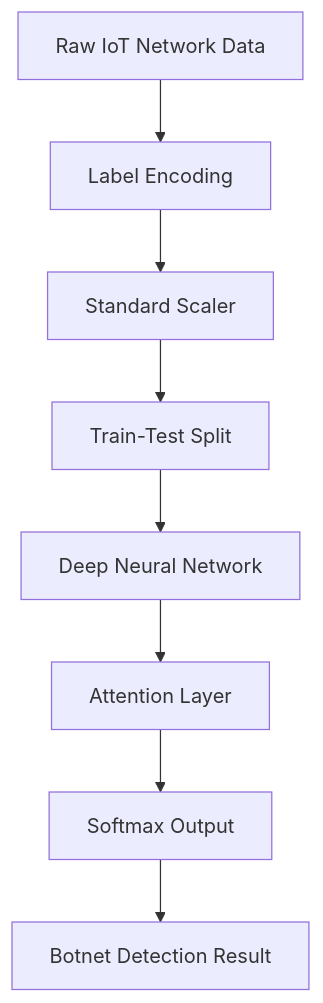
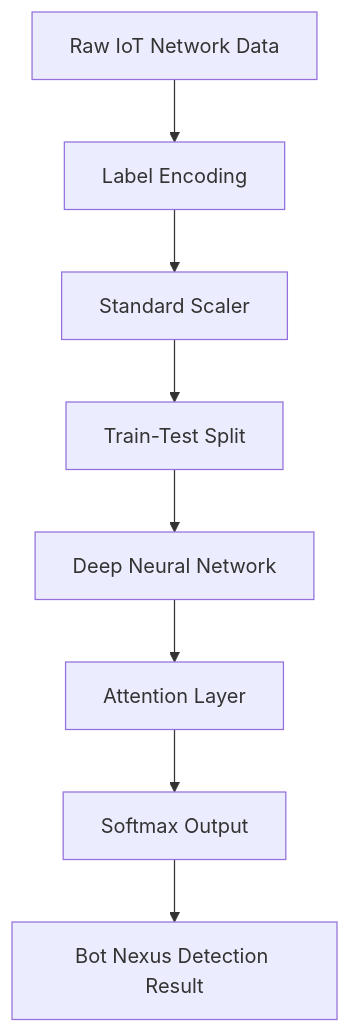
One commit to Priya-0527/Hybrid-Model-BotNexus-Attack-Detection changed the diagram in README.md. Above: the diagram before and after it, drawn with Mermaid. The commit also changed other lines of this file, not shown here.

````diff
--- a/README.md
+++ b/README.md
@@ -54,10 +54,10 @@
 ```mermaid
 graph TD;
     A[Raw IoT Network Data] --> B[Label Encoding]
     B --> C[Standard Scaler]
     C --> D[Train-Test Split]
     D --> E[Deep Neural Network]
     E --> F[Attention Layer]
     F --> G[Softmax Output]
-    G --> H[Botnet Detection Result]
+    G --> H[Bot Nexus Detection Result]
 ```
````
